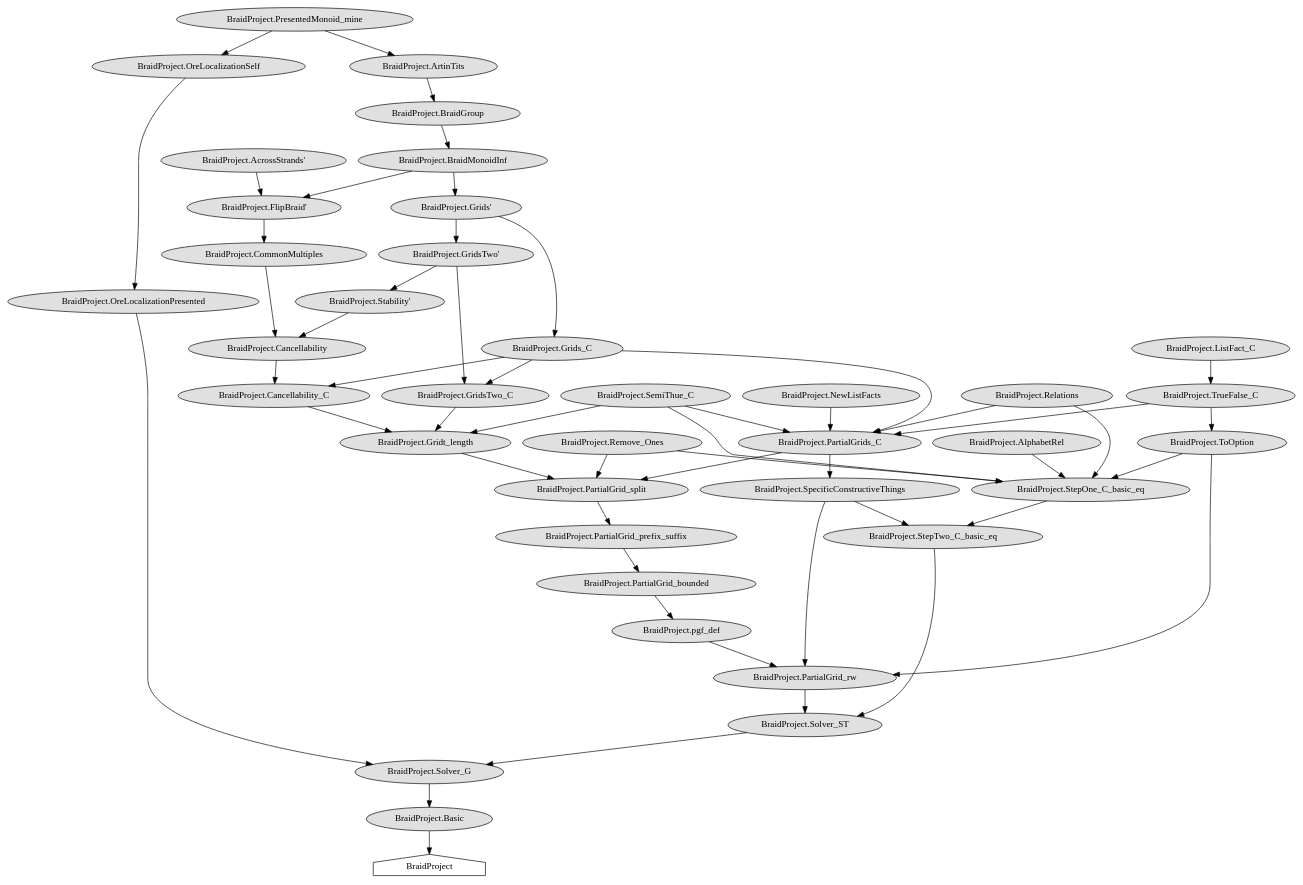
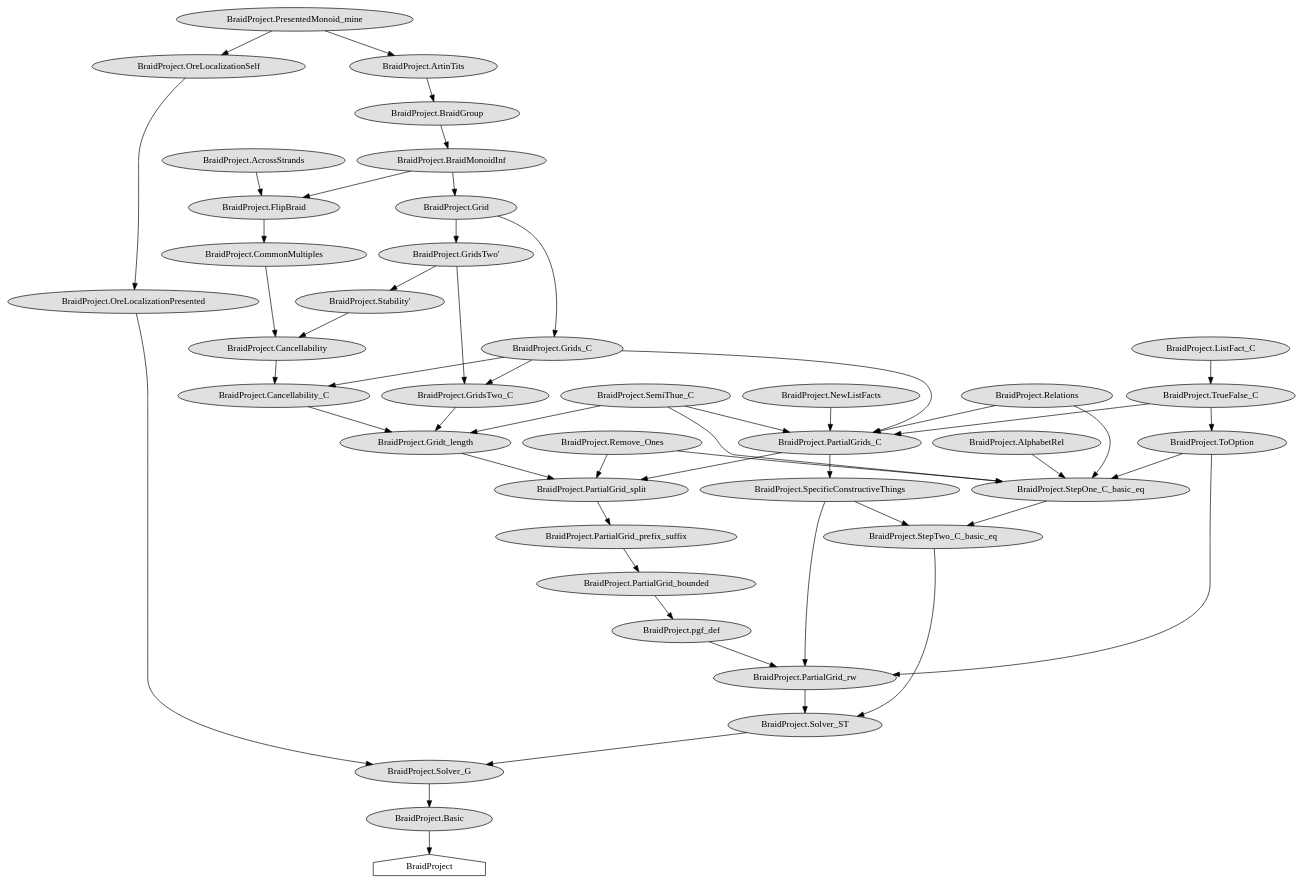
Before and after one commit to hannahfechtner/braids_better: the diagram in import_graph_braid_only_no_adds.dot, drawn with Graphviz. The commit also changed 56 other files, not shown here.

```diff
--- a/import_graph_braid_only_no_adds.dot
+++ b/import_graph_braid_only_no_adds.dot
@@ -1,91 +1,91 @@
 digraph "import_graph" {
   "BraidProject.OreLocalizationSelf" [style=filled, fillcolor="#e0e0e0", shape=ellipse];
   "BraidProject.PresentedMonoid_mine" -> "BraidProject.OreLocalizationSelf";
   "BraidProject.NewListFacts" [style=filled, fillcolor="#e0e0e0", shape=ellipse];
   "BraidProject.BraidGroup" [style=filled, fillcolor="#e0e0e0", shape=ellipse];
   "BraidProject.ArtinTits" -> "BraidProject.BraidGroup";
   "BraidProject.OreLocalizationPresented" [style=filled, fillcolor="#e0e0e0", shape=ellipse];
   "BraidProject.OreLocalizationSelf" -> "BraidProject.OreLocalizationPresented";
   "BraidProject.ListFact_C" [style=filled, fillcolor="#e0e0e0", shape=ellipse];
   "BraidProject.PartialGrid_bounded" [style=filled, fillcolor="#e0e0e0", shape=ellipse];
   "BraidProject.PartialGrid_prefix_suffix" -> "BraidProject.PartialGrid_bounded";
   "BraidProject.PartialGrid_prefix_suffix" [style=filled, fillcolor="#e0e0e0", shape=ellipse];
   "BraidProject.PartialGrid_split" -> "BraidProject.PartialGrid_prefix_suffix";
   "BraidProject.Relations" [style=filled, fillcolor="#e0e0e0", shape=ellipse];
   "BraidProject.SpecificConstructiveThings" [style=filled, fillcolor="#e0e0e0", shape=ellipse];
   "BraidProject.PartialGrids_C" -> "BraidProject.SpecificConstructiveThings";
   "BraidProject.Remove_Ones" [style=filled, fillcolor="#e0e0e0", shape=ellipse];
   "BraidProject.Cancellability_C" [style=filled, fillcolor="#e0e0e0", shape=ellipse];
   "BraidProject.Grids_C" -> "BraidProject.Cancellability_C";
   "BraidProject.Cancellability" -> "BraidProject.Cancellability_C";
   "BraidProject.pgf_def" [style=filled, fillcolor="#e0e0e0", shape=ellipse];
   "BraidProject.PartialGrid_bounded" -> "BraidProject.pgf_def";
   "BraidProject.PartialGrid_rw" [style=filled, fillcolor="#e0e0e0", shape=ellipse];
   "BraidProject.pgf_def" -> "BraidProject.PartialGrid_rw";
   "BraidProject.SpecificConstructiveThings" -> "BraidProject.PartialGrid_rw";
   "BraidProject.ToOption" -> "BraidProject.PartialGrid_rw";
   "BraidProject.GridsTwo_C" [style=filled, fillcolor="#e0e0e0", shape=ellipse];
   "BraidProject.Grids_C" -> "BraidProject.GridsTwo_C";
   "BraidProject.GridsTwo'" -> "BraidProject.GridsTwo_C";
   "BraidProject.GridsTwo'" [style=filled, fillcolor="#e0e0e0", shape=ellipse];
-  "BraidProject.Grids'" -> "BraidProject.GridsTwo'";
-  "BraidProject.Grids'" [style=filled, fillcolor="#e0e0e0", shape=ellipse];
-  "BraidProject.BraidMonoidInf" -> "BraidProject.Grids'";
+  "BraidProject.Grid" -> "BraidProject.GridsTwo'";
+  "BraidProject.Grid" [style=filled, fillcolor="#e0e0e0", shape=ellipse];
+  "BraidProject.BraidMonoidInf" -> "BraidProject.Grid";
   "BraidProject.Solver_G" [style=filled, fillcolor="#e0e0e0", shape=ellipse];
   "BraidProject.Solver_ST" -> "BraidProject.Solver_G";
   "BraidProject.OreLocalizationPresented" -> "BraidProject.Solver_G";
   "BraidProject.Cancellability" [style=filled, fillcolor="#e0e0e0", shape=ellipse];
   "BraidProject.Stability'" -> "BraidProject.Cancellability";
   "BraidProject.CommonMultiples" -> "BraidProject.Cancellability";
   "BraidProject.Basic" [style=filled, fillcolor="#e0e0e0", shape=ellipse];
   "BraidProject.Solver_G" -> "BraidProject.Basic";
   "BraidProject.StepTwo_C_basic_eq" [style=filled, fillcolor="#e0e0e0", shape=ellipse];
   "BraidProject.StepOne_C_basic_eq" -> "BraidProject.StepTwo_C_basic_eq";
   "BraidProject.SpecificConstructiveThings" -> "BraidProject.StepTwo_C_basic_eq";
   "BraidProject.Gridt_length" [style=filled, fillcolor="#e0e0e0", shape=ellipse];
   "BraidProject.SemiThue_C" -> "BraidProject.Gridt_length";
   "BraidProject.Cancellability_C" -> "BraidProject.Gridt_length";
   "BraidProject.GridsTwo_C" -> "BraidProject.Gridt_length";
   "BraidProject" [shape=house];
   "BraidProject.Basic" -> "BraidProject";
   "BraidProject.SemiThue_C" [style=filled, fillcolor="#e0e0e0", shape=ellipse];
   "BraidProject.PresentedMonoid_mine" [style=filled, fillcolor="#e0e0e0", shape=ellipse];
   "BraidProject.PartialGrid_split" [style=filled, fillcolor="#e0e0e0", shape=ellipse];
   "BraidProject.Gridt_length" -> "BraidProject.PartialGrid_split";
   "BraidProject.PartialGrids_C" -> "BraidProject.PartialGrid_split";
   "BraidProject.Remove_Ones" -> "BraidProject.PartialGrid_split";
   "BraidProject.AlphabetRel" [style=filled, fillcolor="#e0e0e0", shape=ellipse];
   "BraidProject.Solver_ST" [style=filled, fillcolor="#e0e0e0", shape=ellipse];
   "BraidProject.StepTwo_C_basic_eq" -> "BraidProject.Solver_ST";
   "BraidProject.PartialGrid_rw" -> "BraidProject.Solver_ST";
   "BraidProject.TrueFalse_C" [style=filled, fillcolor="#e0e0e0", shape=ellipse];
   "BraidProject.ListFact_C" -> "BraidProject.TrueFalse_C";
   "BraidProject.BraidMonoidInf" [style=filled, fillcolor="#e0e0e0", shape=ellipse];
   "BraidProject.BraidGroup" -> "BraidProject.BraidMonoidInf";
   "BraidProject.PartialGrids_C" [style=filled, fillcolor="#e0e0e0", shape=ellipse];
   "BraidProject.Grids_C" -> "BraidProject.PartialGrids_C";
   "BraidProject.SemiThue_C" -> "BraidProject.PartialGrids_C";
   "BraidProject.TrueFalse_C" -> "BraidProject.PartialGrids_C";
   "BraidProject.NewListFacts" -> "BraidProject.PartialGrids_C";
   "BraidProject.Relations" -> "BraidProject.PartialGrids_C";
-  "BraidProject.FlipBraid'" [style=filled, fillcolor="#e0e0e0", shape=ellipse];
-  "BraidProject.BraidMonoidInf" -> "BraidProject.FlipBraid'";
-  "BraidProject.AcrossStrands'" -> "BraidProject.FlipBraid'";
+  "BraidProject.FlipBraid" [style=filled, fillcolor="#e0e0e0", shape=ellipse];
+  "BraidProject.BraidMonoidInf" -> "BraidProject.FlipBraid";
+  "BraidProject.AcrossStrands" -> "BraidProject.FlipBraid";
   "BraidProject.CommonMultiples" [style=filled, fillcolor="#e0e0e0", shape=ellipse];
-  "BraidProject.FlipBraid'" -> "BraidProject.CommonMultiples";
-  "BraidProject.AcrossStrands'" [style=filled, fillcolor="#e0e0e0", shape=ellipse];
+  "BraidProject.FlipBraid" -> "BraidProject.CommonMultiples";
+  "BraidProject.AcrossStrands" [style=filled, fillcolor="#e0e0e0", shape=ellipse];
   "BraidProject.ToOption" [style=filled, fillcolor="#e0e0e0", shape=ellipse];
   "BraidProject.TrueFalse_C" -> "BraidProject.ToOption";
   "BraidProject.ArtinTits" [style=filled, fillcolor="#e0e0e0", shape=ellipse];
   "BraidProject.PresentedMonoid_mine" -> "BraidProject.ArtinTits";
   "BraidProject.StepOne_C_basic_eq" [style=filled, fillcolor="#e0e0e0", shape=ellipse];
   "BraidProject.SemiThue_C" -> "BraidProject.StepOne_C_basic_eq";
   "BraidProject.AlphabetRel" -> "BraidProject.StepOne_C_basic_eq";
   "BraidProject.Remove_Ones" -> "BraidProject.StepOne_C_basic_eq";
   "BraidProject.Relations" -> "BraidProject.StepOne_C_basic_eq";
   "BraidProject.ToOption" -> "BraidProject.StepOne_C_basic_eq";
   "BraidProject.Grids_C" [style=filled, fillcolor="#e0e0e0", shape=ellipse];
-  "BraidProject.Grids'" -> "BraidProject.Grids_C";
+  "BraidProject.Grid" -> "BraidProject.Grids_C";
   "BraidProject.Stability'" [style=filled, fillcolor="#e0e0e0", shape=ellipse];
   "BraidProject.GridsTwo'" -> "BraidProject.Stability'";
 }
```
